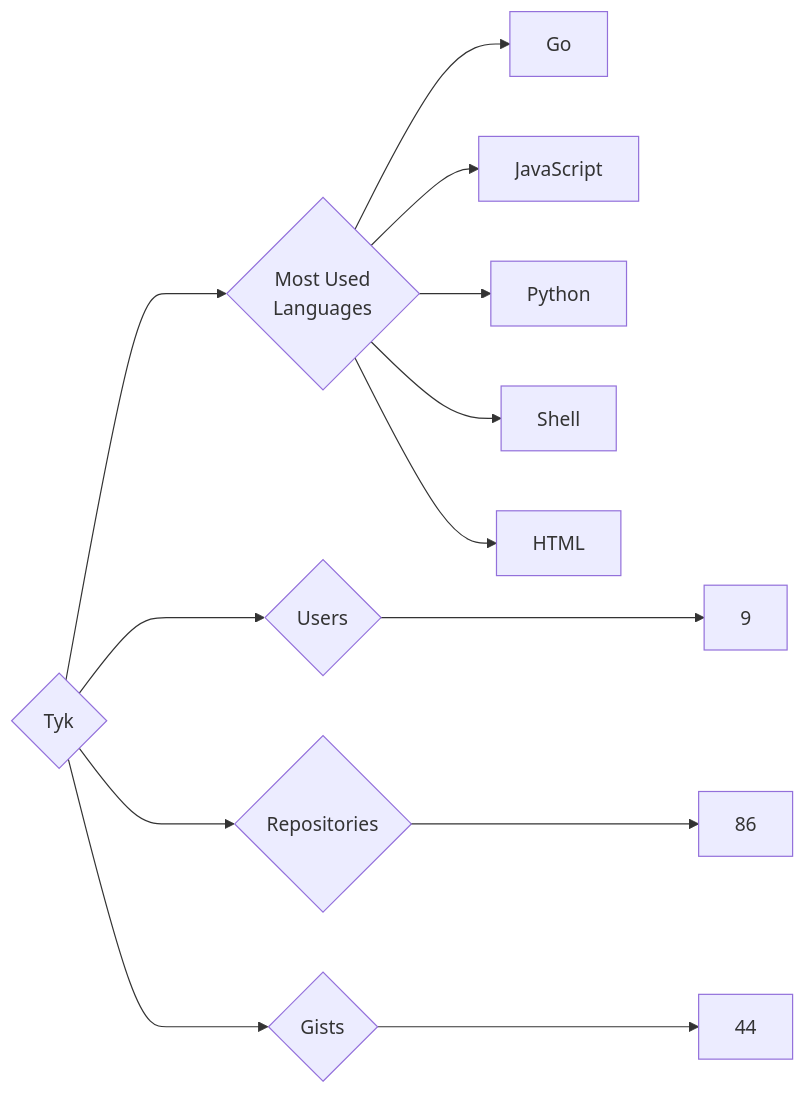
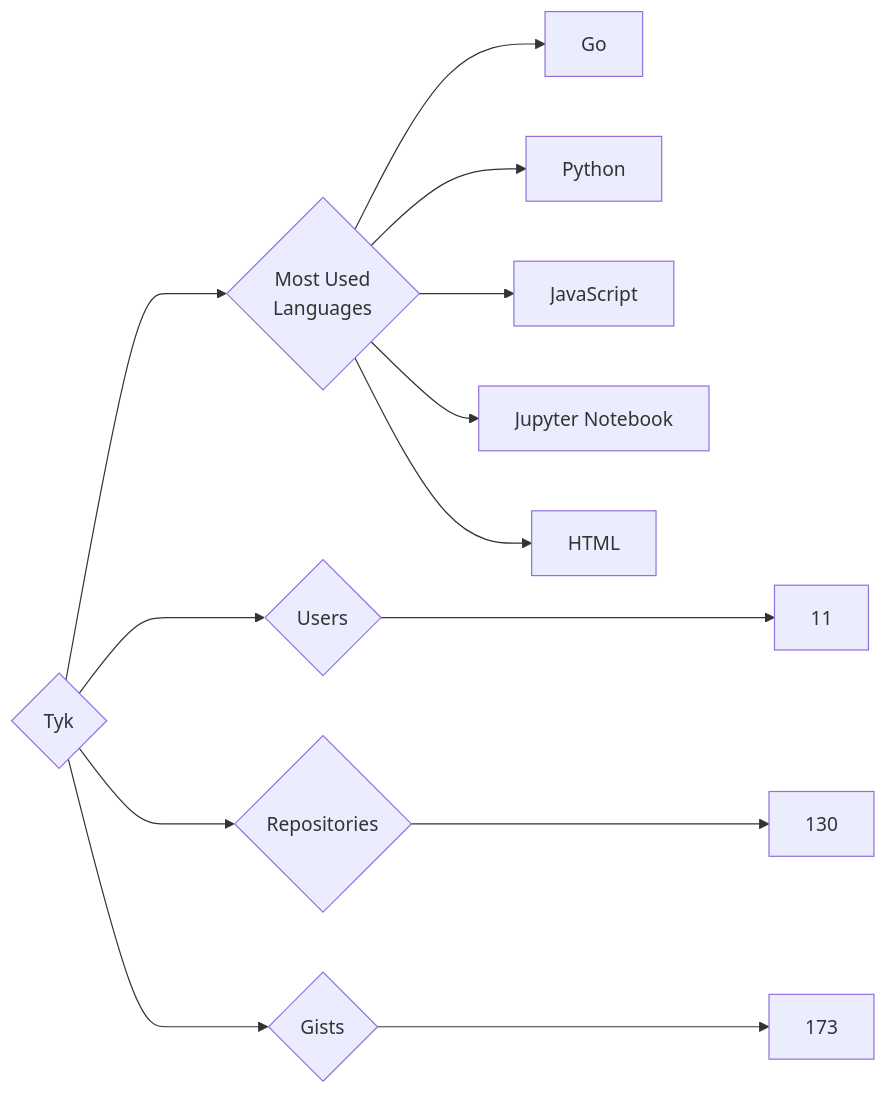
Before and after one commit to trickest/insiders: the diagram in targets/Tyk/README.md, drawn with Mermaid. The commit also changed 1496 other files, not shown here.

````diff
--- a/targets/Tyk/README.md
+++ b/targets/Tyk/README.md
@@ -3,13 +3,13 @@
 ```mermaid
 graph LR
 COMPANY_NAME{Tyk}
-COMPANY_NAME ---> U{Users} ---> UN[9]
-COMPANY_NAME ---> R{Repositories} ---> RN[86]
-COMPANY_NAME ---> G{Gists} ---> GN[44]
+COMPANY_NAME ---> U{Users} ---> UN[11]
+COMPANY_NAME ---> R{Repositories} ---> RN[130]
+COMPANY_NAME ---> G{Gists} ---> GN[173]
 COMPANY_NAME ---> ML{Most Used<br>Languages}
 ML --> Go[Go]
+ML --> Python[Python]
 ML --> JavaScript[JavaScript]
-ML --> Python[Python]
-ML --> Shell[Shell]
+ML --> Jupyter_Notebook[Jupyter Notebook]
 ML --> HTML[HTML]
 ```
````
